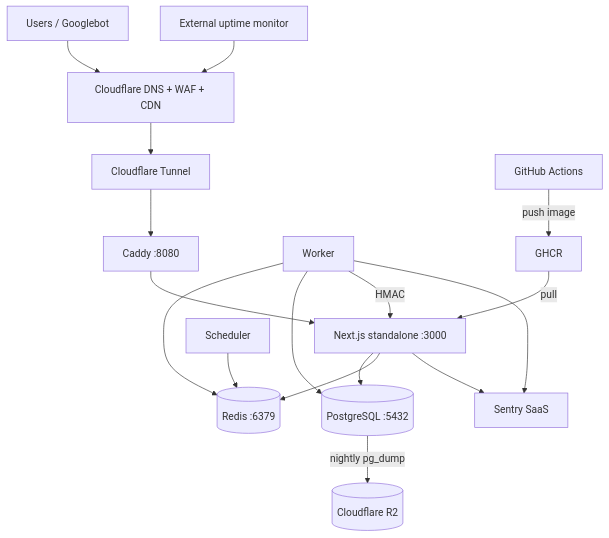
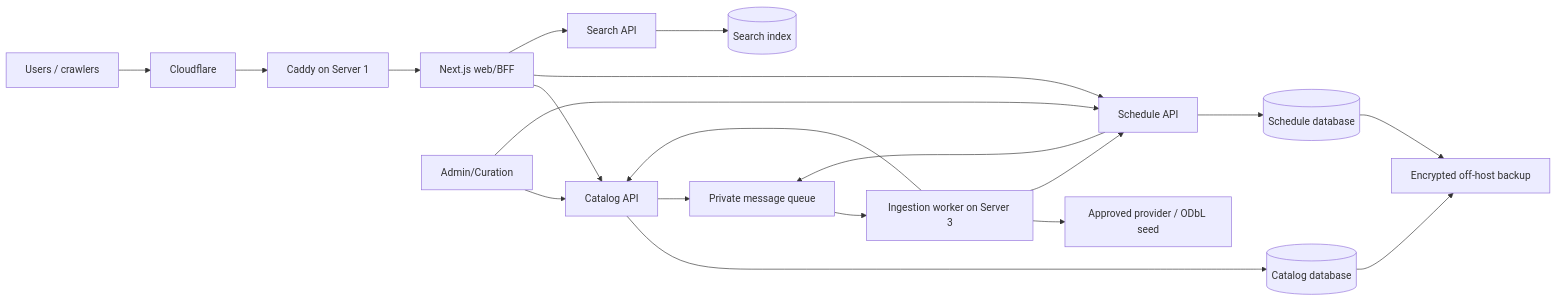
Before and after one commit to yepikazo/nimelist: the diagram in docs/plan/08-architecture-infra.md, drawn with Mermaid. The commit also changed other lines of this file and 42 other files, not shown here.

````diff
--- a/docs/plan/08-architecture-infra.md
+++ b/docs/plan/08-architecture-infra.md
@@ -38,21 +42,22 @@
 ```mermaid
-flowchart TB
-  U[Users / Googlebot] --> CF[Cloudflare DNS + WAF + CDN]
-  CF --> TUN[Cloudflare Tunnel]
-  TUN --> CAD[Caddy :8080]
-  CAD --> WEB[Next.js standalone :3000]
-  WEB --> PG[(PostgreSQL :5432)]
-  WEB --> REDIS[(Redis :6379)]
-
-  SCH[Scheduler] --> REDIS
-  WK[Worker] --> REDIS
-  WK --> PG
-  WK -->|HMAC| WEB
-
-  PG -->|nightly pg_dump| R2[(Cloudflare R2)]
-  WEB --> SENTRY[Sentry SaaS]
-  WK --> SENTRY
-  EXT[External uptime monitor] --> CF
-  GH[GitHub Actions] -->|push image| GHCR[GHCR]
-  GHCR -->|pull| WEB
+flowchart LR
+  U[Users / crawlers] --> CF[Cloudflare]
+  CF --> P[Caddy on Server 1]
+  P --> WEB[Next.js web/BFF]
+  WEB --> CAT[Catalog API]
+  WEB --> SCH[Schedule API]
+  WEB --> SEA[Search API]
+  CAT --> CDB[(Catalog database)]
+  SCH --> SDB[(Schedule database)]
+  SEA --> IDX[(Search index)]
+  CAT --> Q[Private message queue]
+  SCH --> Q
+  Q --> ING[Ingestion worker on Server 3]
+  ING --> EXT[Approved provider / ODbL seed]
+  ING --> CAT
+  ING --> SCH
+  ADM[Admin/Curation] --> CAT
+  ADM --> SCH
+  CDB --> BK[Encrypted off-host backup]
+  SDB --> BK
 ```
````
